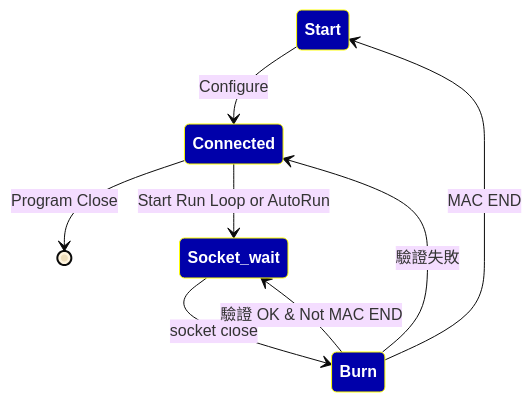
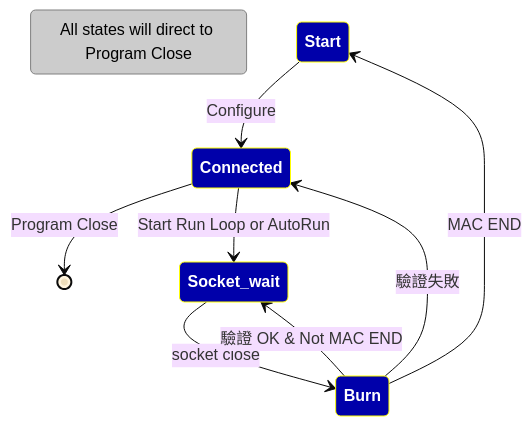
Before and after one commit to tomjpsun/obsidianVaults: the diagram in 專案/DM9051A OTP 燒錄專案/Production 規劃.md, drawn with Mermaid (base theme).

Commit message:
vault backup: 2024-04-11 11:05:12
Affected files:
專案/DM9051A OTP 燒錄專案/Production 規劃.md

````diff
--- a/專案/DM9051A OTP 燒錄專案/Production 規劃.md
+++ b/專案/DM9051A OTP 燒錄專案/Production 規劃.md
@@ -146,20 +146,24 @@
 ```mermaid
 stateDiagram-v2
-        
+s1 : All states will direct to Program Close
 classDef Box fill:#00a,color:white,font-weight:bold,stroke-cwidth:2px,stroke:yellow
+classDef Comment fill:#ccc,color:black,font-weight:stroke-cwidth:1px,stroke:gray
 
 Start --> Connected: Configure
 Connected --> [*]: Program Close
 Connected --> Socket_wait: Start Run Loop or AutoRun
 
 Socket_wait --> Burn: socket close
 Burn --> Socket_wait: 驗證 OK & Not MAC END
 Burn --> Connected: 驗證失敗
 Burn --> Start: MAC END
 
 
+
 class Connected Box
 class Socket_wait Box
 class Burn Box
 class Start Box
+class Window_Close Comment
+class s1 Comment
 ```
````
